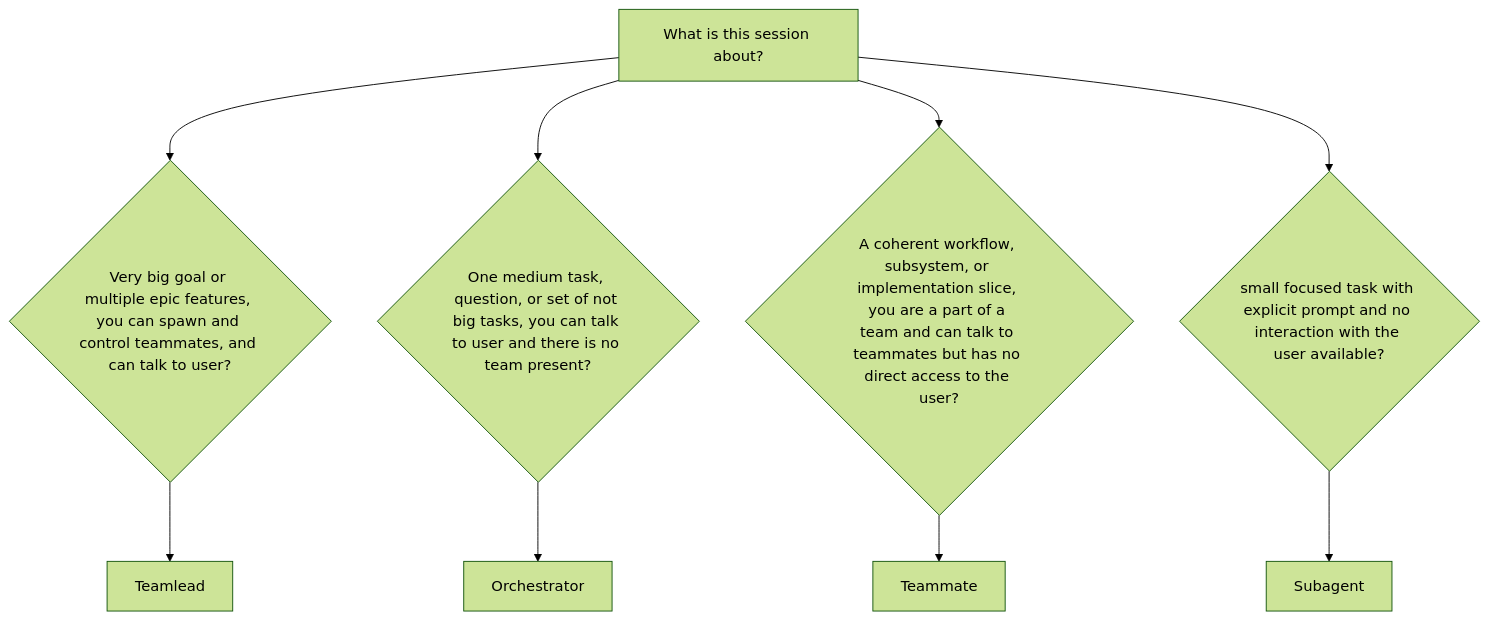
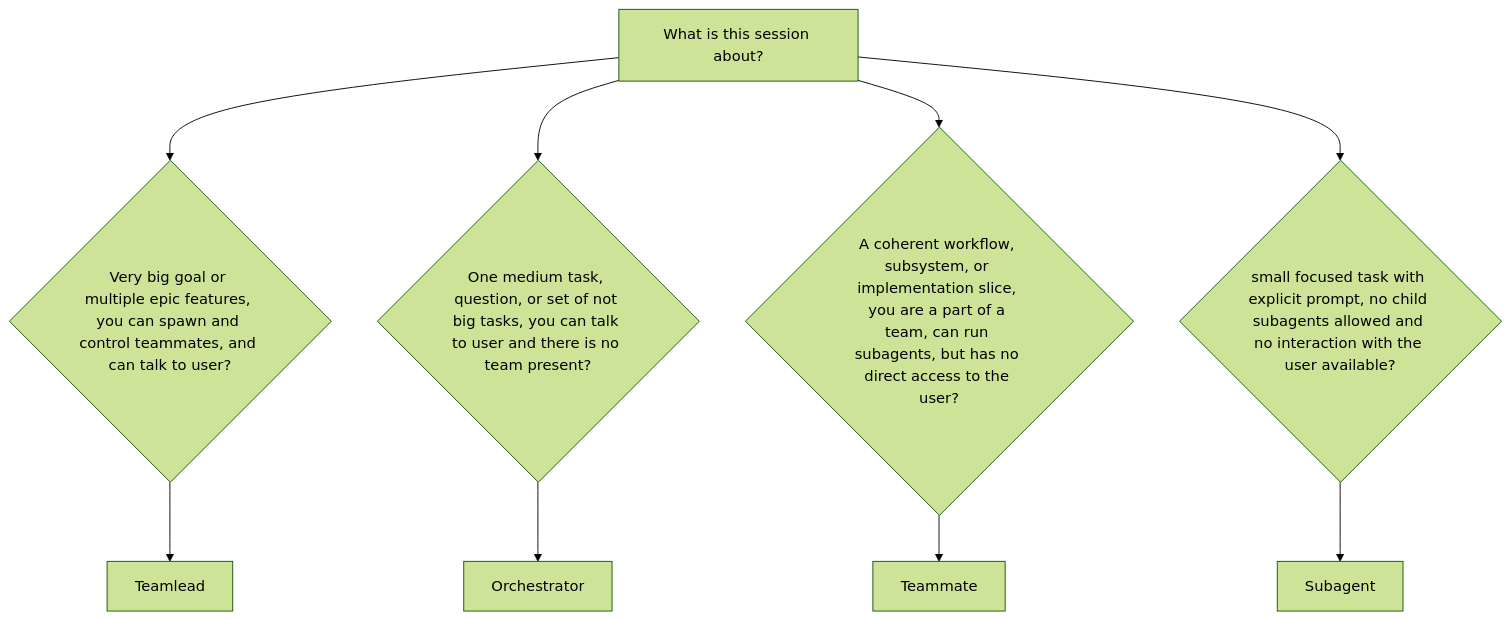
One commit to quick-brown-foxxx/myai changed the fourth of 12 diagrams in skills/using-my-skills/SKILL.md. Above: the diagram before and after it, drawn with Mermaid (forest theme). The commit also changed other lines of this file and 2 other files, not shown here.

````diff
--- a/skills/using-my-skills/SKILL.md
+++ b/skills/using-my-skills/SKILL.md
@@ -70,12 +70,12 @@
 ```mermaid
 flowchart TD
   A[What is this session about?]
   A --> B{Very big goal or multiple epic features, you can spawn and control teammates, and can talk to user?}
     --> C[Teamlead]
   A --> D{One medium task, question, or set of not big tasks, you can talk to user and there is no team present?}
     --> E[Orchestrator]
-  A --> F{A coherent workflow, subsystem, or implementation slice, you are a part of a team and can talk to teammates but has no direct access to the user?}
+  A --> F{A coherent workflow, subsystem, or implementation slice, you are a part of a team, can run subagents, but has no direct access to the user?}
    --> G[Teammate]
-  A --> H{small focused task with explicit prompt and no interaction with the user available?}
+  A --> H{small focused task with explicit prompt, no child subagents allowed and no interaction with the user available?}
     --> I[Subagent]
 ```
````
